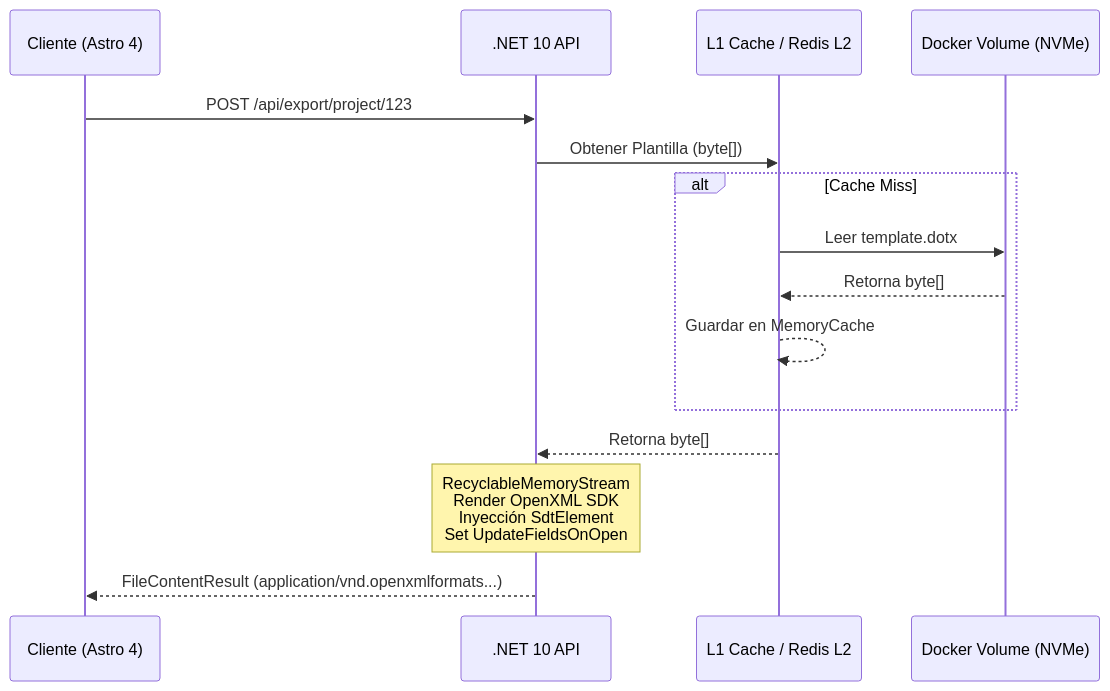
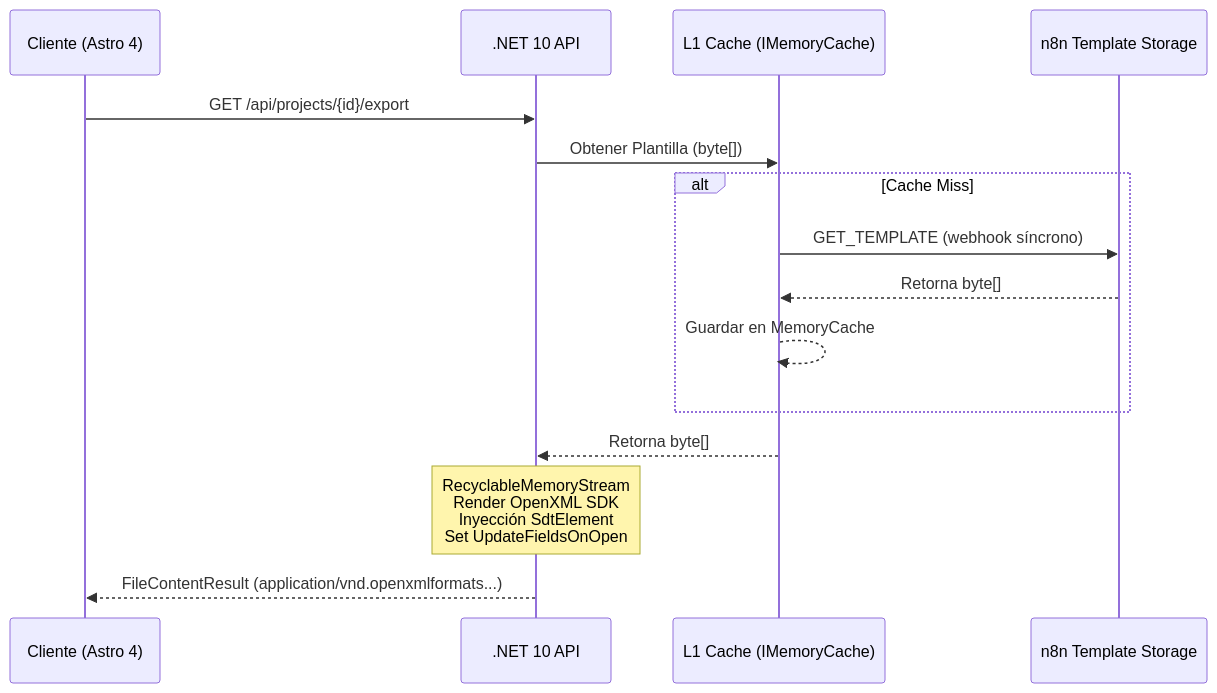
One commit to jesusjbriceno/edificia changed the diagram in docs/features/dotx_support/IMPLEMENTACION_TECNICA.md. Above: the diagram before and after it, drawn with Mermaid. The commit also changed other lines of this file and 7 other files, not shown here.

Commit message:
docs(dotx): add n8n template-storage spec and implementation roadmap

````diff
--- a/docs/features/dotx_support/IMPLEMENTACION_TECNICA.md
+++ b/docs/features/dotx_support/IMPLEMENTACION_TECNICA.md
@@ -5,18 +5,18 @@
 ```mermaid
 sequenceDiagram
     participant Astro as Cliente (Astro 4)
     participant API as .NET 10 API
-    participant Cache as L1 Cache / Redis L2
-    participant Volume as Docker Volume (NVMe)
+  participant Cache as L1 Cache (IMemoryCache)
+  participant N8N as n8n Template Storage
     
-    Astro->>API: POST /api/export/project/123
+  Astro->>API: GET /api/projects/{id}/export
     API->>Cache: Obtener Plantilla (byte[])
     alt Cache Miss
-        Cache->>Volume: Leer template.dotx
-        Volume-->>Cache: Retorna byte[]
+    Cache->>N8N: GET_TEMPLATE (webhook síncrono)
+    N8N-->>Cache: Retorna byte[]
         Cache-->>Cache: Guardar en MemoryCache
     end
     Cache-->>API: Retorna byte[]
     Note over API: RecyclableMemoryStream<br/>Render OpenXML SDK<br/>Inyección SdtElement<br/>Set UpdateFieldsOnOpen
     API-->>Astro: FileContentResult (application/vnd.openxmlformats...)
 ```
````
